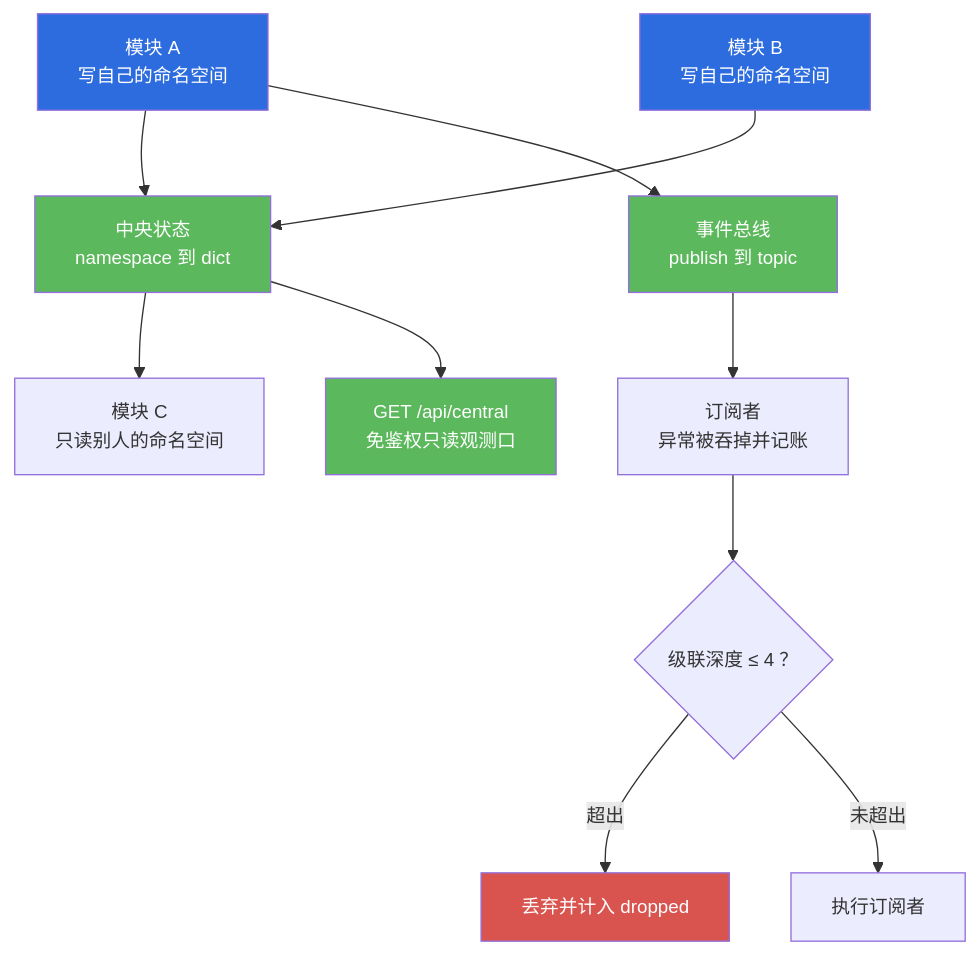
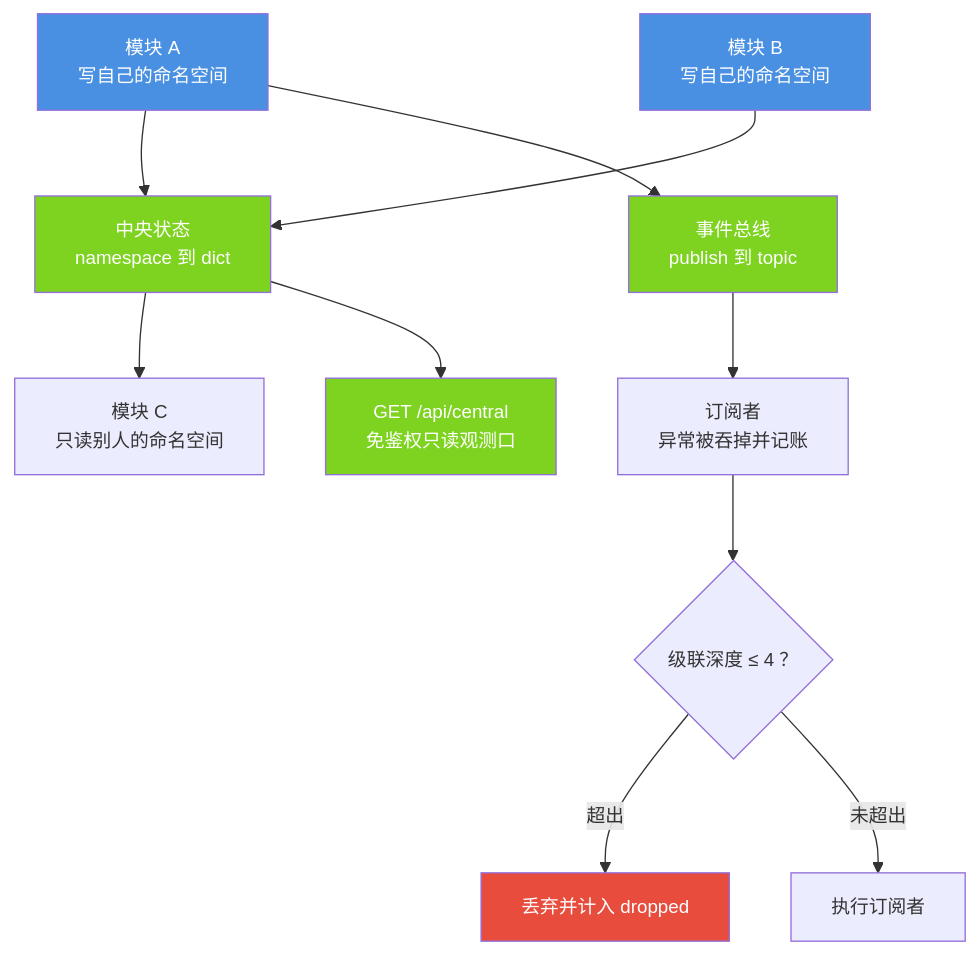
Before and after one commit to jiangchuangege/xiaojiao-harnees: the fifth of 5 diagrams in docs/modules/01-carrier-core.md, drawn with Mermaid. The commit also changed other lines of this file and 32 other files, not shown here.

Commit message:
统一：全仓原理图配色到一套调色板 + 给 12 张灰图补色 + 修正自己会睡那张过期图

````diff
--- a/docs/modules/01-carrier-core.md
+++ b/docs/modules/01-carrier-core.md
@@ -243,19 +243,19 @@
 ```mermaid
 %%{init: {"themeVariables": {"fontSize": "14px"}, "flowchart": {"htmlLabels": true, "wrappingWidth": 340, "nodeSpacing": 46, "rankSpacing": 64, "useMaxWidth": true}}}%%
 flowchart TB
     M1["模块 A<br/>写自己的命名空间"] --> ST["中央状态<br/>namespace 到 dict"]
     M2["模块 B<br/>写自己的命名空间"] --> ST
     ST --> R1["模块 C<br/>只读别人的命名空间"]
     M1 --> BUS["事件总线<br/>publish 到 topic"]
     BUS --> SUB["订阅者<br/>异常被吞掉并记账"]
     SUB --> D{"级联深度 ≤ 4 ？"}
     D -->|超出| DROP["丢弃并计入 dropped"]
     D -->|未超出| RUN["执行订阅者"]
     ST --> API["GET /api/central<br/>免鉴权只读观测口"]
-    style M1 fill:#2d6cdf,color:#fff
-    style M2 fill:#2d6cdf,color:#fff
-    style ST fill:#5cb85c,color:#fff
-    style BUS fill:#5cb85c,color:#fff
-    style DROP fill:#d9534f,color:#fff
-    style API fill:#5cb85c,color:#fff
+    style M1 fill:#4A90E2,color:#fff
+    style M2 fill:#4A90E2,color:#fff
+    style ST fill:#7ED321,color:#fff
+    style BUS fill:#7ED321,color:#fff
+    style DROP fill:#E74C3C,color:#fff
+    style API fill:#7ED321,color:#fff
 ```
````
